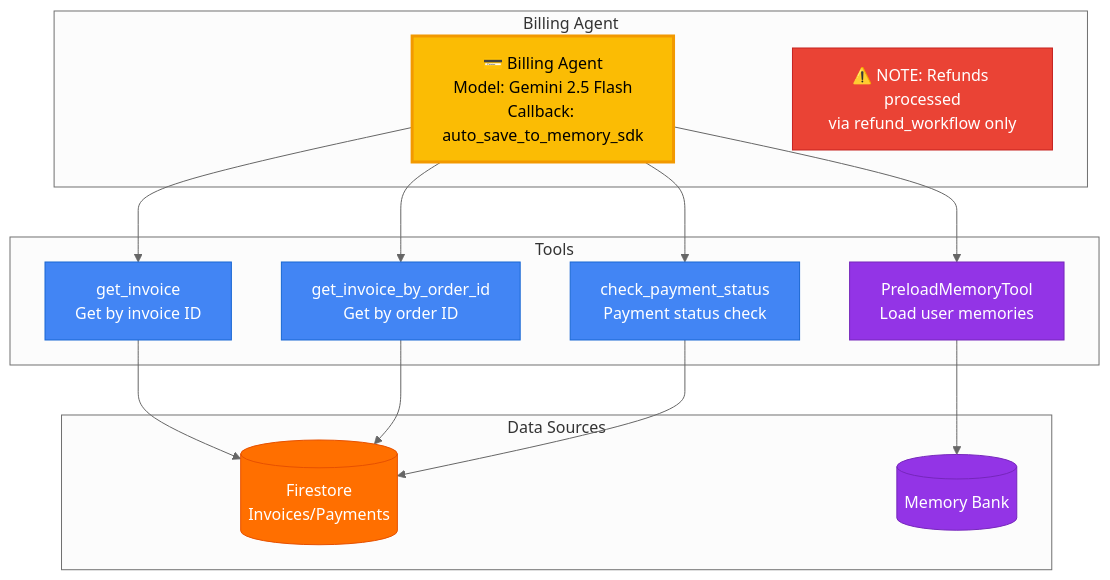
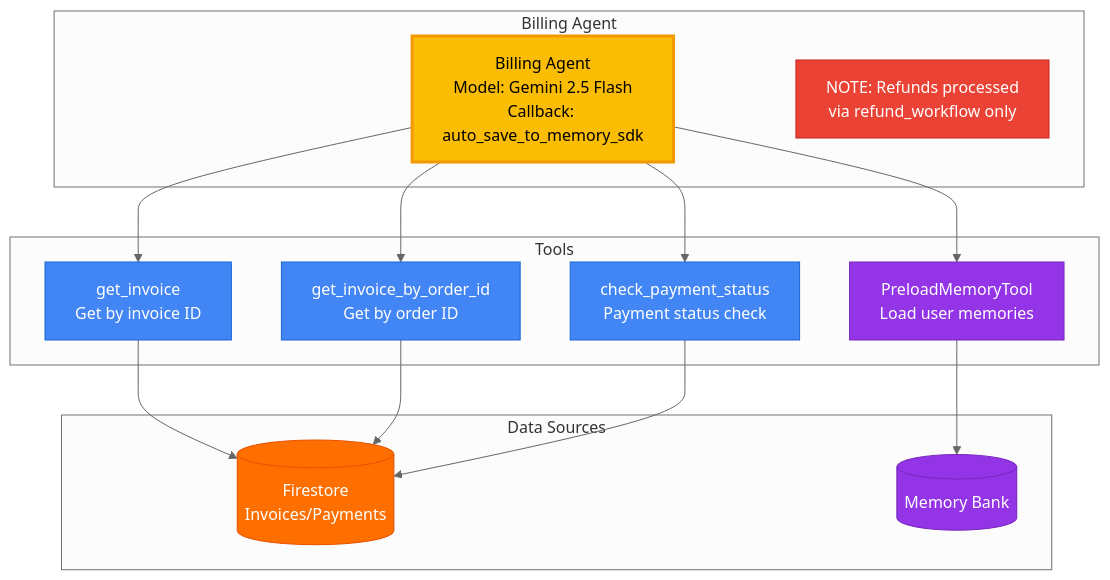
Before and after one commit to Saoussen-CH/customer-support-mas-ai: the sixth of 6 diagrams in docs/ARCHITECTURE.md, drawn with Mermaid (neutral theme). The commit also changed other lines of this file and 19 other files, not shown here.

````diff
--- a/docs/ARCHITECTURE.md
+++ b/docs/ARCHITECTURE.md
@@ -309,38 +309,38 @@
 ```mermaid
 graph TB
     subgraph "Billing Agent"
-        Agent[💳 Billing Agent<br/>Model: Gemini 2.5 Flash<br/>Callback: auto_save_to_memory_sdk]
-        Note[⚠️ NOTE: Refunds processed<br/>via refund_workflow only]
+        Agent[Billing Agent<br/>Model: Gemini 2.5 Flash<br/>Callback: auto_save_to_memory_sdk]
+        Note[NOTE: Refunds processed<br/>via refund_workflow only]
     end
 
     subgraph "Tools"
         T0[PreloadMemoryTool<br/>Load user memories]
         T1[get_invoice<br/>Get by invoice ID]
         T2[get_invoice_by_order_id<br/>Get by order ID]
         T3[check_payment_status<br/>Payment status check]
     end
 
     subgraph "Data Sources"
         Firestore[(Firestore<br/>Invoices/Payments)]
         Memory[(Memory Bank)]
     end
 
     Agent --> T0
     Agent --> T1
     Agent --> T2
     Agent --> T3
 
     T0 --> Memory
     T1 --> Firestore
     T2 --> Firestore
     T3 --> Firestore
 
     style Agent fill:#FBBC04,stroke:#F29900,color:#000,stroke-width:3px
     style Note fill:#EA4335,stroke:#C5221F,color:#fff
     style T0 fill:#9334E6,stroke:#7627BB,color:#fff
     style T1 fill:#4285F4,stroke:#1967D2,color:#fff
     style T2 fill:#4285F4,stroke:#1967D2,color:#fff
     style T3 fill:#4285F4,stroke:#1967D2,color:#fff
     style Firestore fill:#FF6F00,stroke:#E65100,color:#fff
     style Memory fill:#9334E6,stroke:#7627BB,color:#fff
 ```
````
